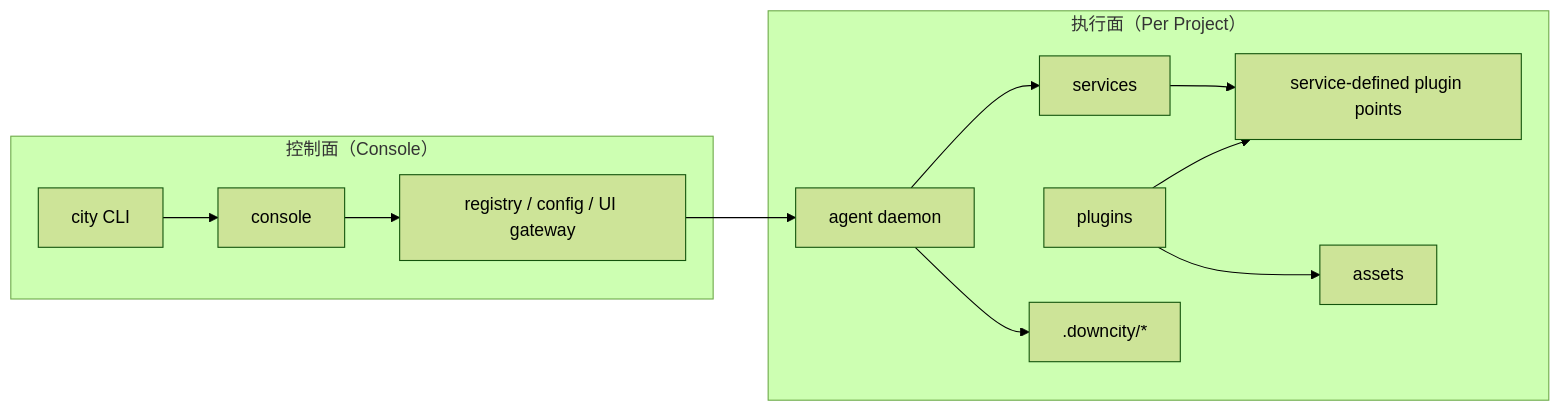
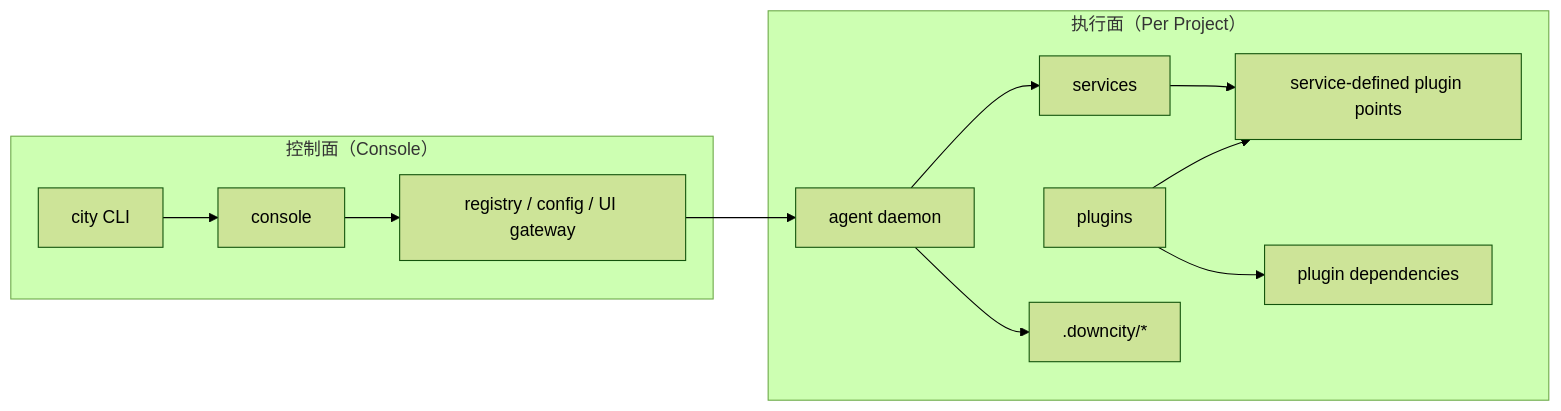
One commit to wangenius/downcity changed the first of 2 diagrams in homepage/content/docs/zh/concepts/logic-map.mdx. Above: the diagram before and after it, drawn with Mermaid (forest theme). The commit also changed other lines of this file and 248 other files, not shown here.

````diff
--- a/homepage/content/docs/zh/concepts/logic-map.mdx
+++ b/homepage/content/docs/zh/concepts/logic-map.mdx
@@ -22,17 +22,17 @@
 ```mermaid
 flowchart LR
   subgraph CP["控制面（Console）"]
     CLI["city CLI"] --> CONSOLE["console"]
     CONSOLE --> REG["registry / config / UI gateway"]
   end
 
   subgraph DP["执行面（Per Project）"]
     AGENT["agent daemon"] --> SERVICES["services"]
     SERVICES --> POINTS["service-defined plugin points"]
     PLUGINS["plugins"] --> POINTS
-    PLUGINS --> ASSETS["assets"]
+    PLUGINS --> ASSETS["plugin dependencies"]
     AGENT --> SHIP[".downcity/*"]
   end
 
   REG --> AGENT
 ```
````
